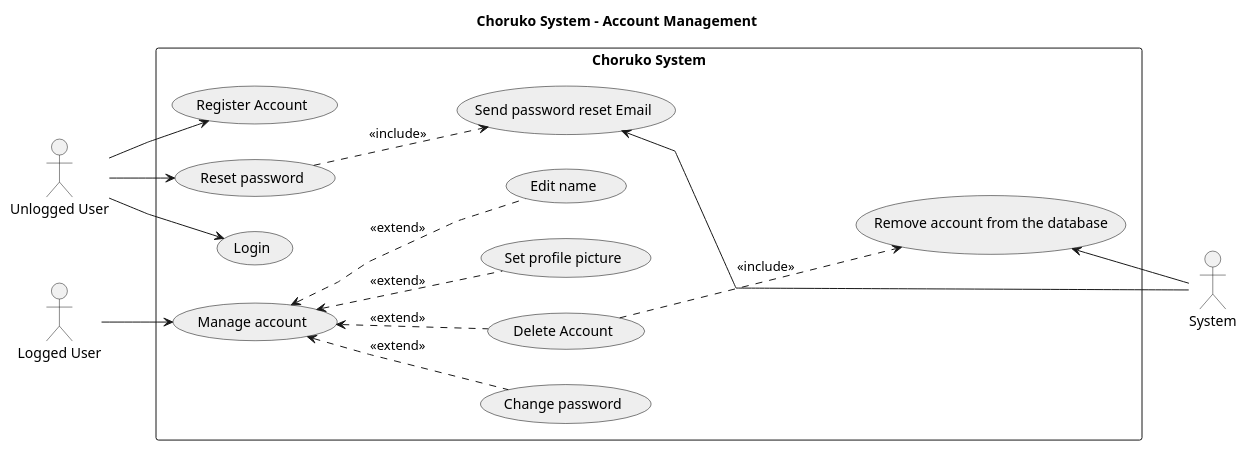
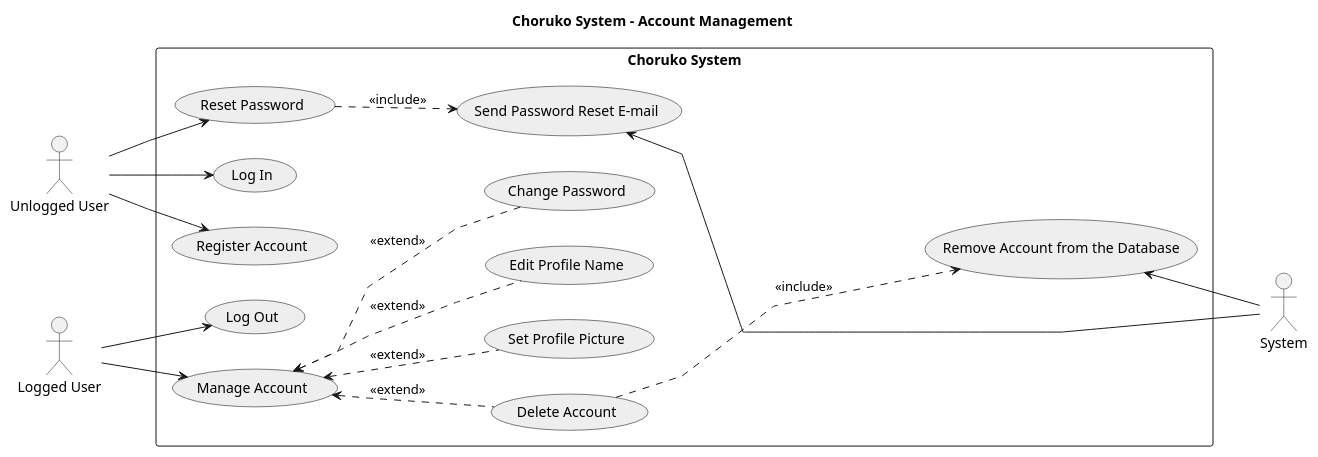
The diagram in docs/UML/use-case-diagrams/account-management-diagram.puml (psampir/choruko), drawn with PlantUML before and after one commit. The commit also changed 2 other files, not shown here.

Commit message:
Resolve merge conflict: keep use case diagram files

```diff
--- a/docs/UML/use-case-diagrams/account-management-diagram.puml
+++ b/docs/UML/use-case-diagrams/account-management-diagram.puml
@@ -1,40 +1,42 @@
 @startuml account-management
 
 title Choruko System - Account Management
 skinparam usecaseBorderColor #000000
 skinparam usecaseBackgroundColor #EEEEEE
 skinparam packageStyle rectangle
 skinparam linetype polyline
 left to right direction
 
 :Unlogged User: as u_user
 :Logged User: as l_user
 :System: as system
 
 rectangle "Choruko System" {
-  usecase "Login" as UC1
+  usecase "Log In" as UC1
+  usecase "Log Out" as UC11
   usecase "Register Account" as UC2
   usecase "Delete Account" as UC3
-  usecase "Manage account" as UC5
-  usecase "Reset password" as UC6
-  usecase "Change password" as UC10
-  usecase "Set profile picture" as UC4
-  usecase "Edit name" as UC9
-  usecase "Send password reset Email" as UC7
-  usecase "Remove account from the database" as UC8
+  usecase "Manage Account" as UC5
+  usecase "Reset Password" as UC6
+  usecase "Change Password" as UC10
+  usecase "Set Profile Picture" as UC4
+  usecase "Edit Profile Name" as UC9
+  usecase "Send Password Reset E-mail" as UC7
+  usecase "Remove Account from the Database" as UC8
 }
 
 u_user --> UC1
 u_user --> UC2
 u_user --> UC6
 l_user --> UC5
+l_user --> UC11
 UC5 <.. UC3 : <<extend>>
 UC5 <.. UC10 : <<extend>>
 UC5 <.. UC4 : <<extend>>
 UC5 <.. UC9 : <<extend>>
 UC6 ..> UC7 : <<include>>
-UC3 ...> UC8 : <<include>>
+UC3 ....> UC8 : <<include>>
 UC7 <-- system 
 UC8 <-- system
 
 @enduml
```
